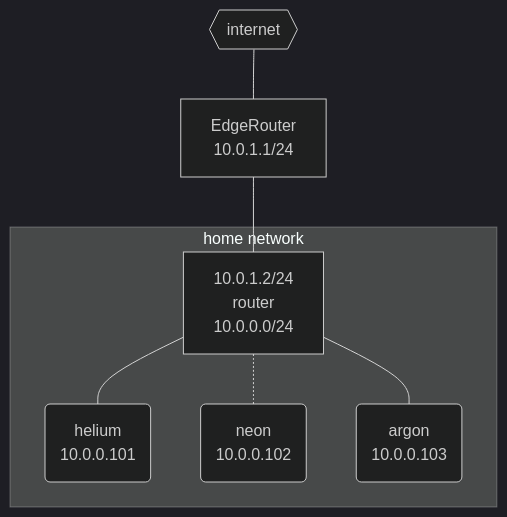
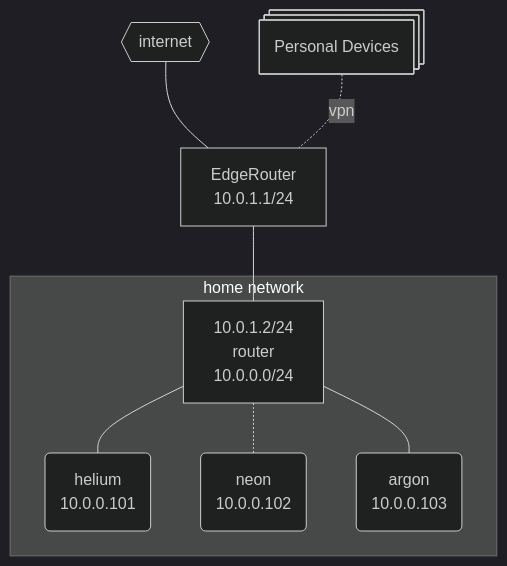
One commit to kszakharov/home changed the diagram in README.md. Above: the diagram before and after it, drawn with Mermaid (dark theme). The commit also changed 1 other file, not shown here.

Commit message:
📝 Update README and add WireGuard setup

````diff
--- a/README.md
+++ b/README.md
@@ -7,18 +7,20 @@
 ```mermaid
 graph TD
     internet{{<center>internet</center>}}
     krypton[<center>EdgeRouter<br>10.0.1.1/24</center>]
     router[<center>10.0.1.2/24<br>router<br>10.0.0.0/24</center>]
     helium(<center>helium<br>10.0.0.101</center>)
     neon(<center>neon<br>10.0.0.102</center>)
     argon(<center>argon<br>10.0.0.103</center>)
+    personal_devices@{ shape: stacked-rectangle, label: <center>Personal Devices</center> }
 
     internet---krypton
     krypton---router
+    personal_devices-.-|vpn|krypton
 
     subgraph "home network"
         router---helium
         router-.-neon
         router---argon
     end
 ```
````
